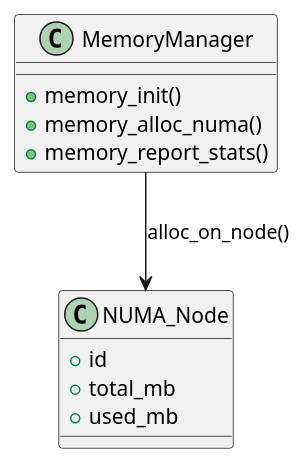
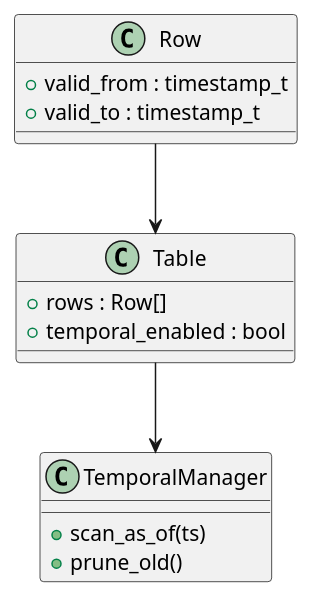
One commit to specialistru/Core changed the diagram in Specification/1x15.md. Above: the diagram before and after it, drawn with PlantUML. The commit also changed other lines of this file, not shown here.

````diff
--- a/Specification/1x15.md
+++ b/Specification/1x15.md
@@ -97,17 +94,21 @@
 ```plantuml
 @startuml
-class MemoryManager {
-  +memory_init()
-  +memory_alloc_numa()
-  +memory_report_stats()
+class Table {
+  +rows : Row[]
+  +temporal_enabled : bool
 }
 
-class NUMA_Node {
-  +id
-  +total_mb
-  +used_mb
+class Row {
+  +valid_from : timestamp_t
+  +valid_to : timestamp_t
 }
 
-MemoryManager --> NUMA_Node : alloc_on_node()
+class TemporalManager {
+  +scan_as_of(ts)
+  +prune_old()
+}
+
+Table --> TemporalManager
+Row --> Table
 @enduml
 ```
````
